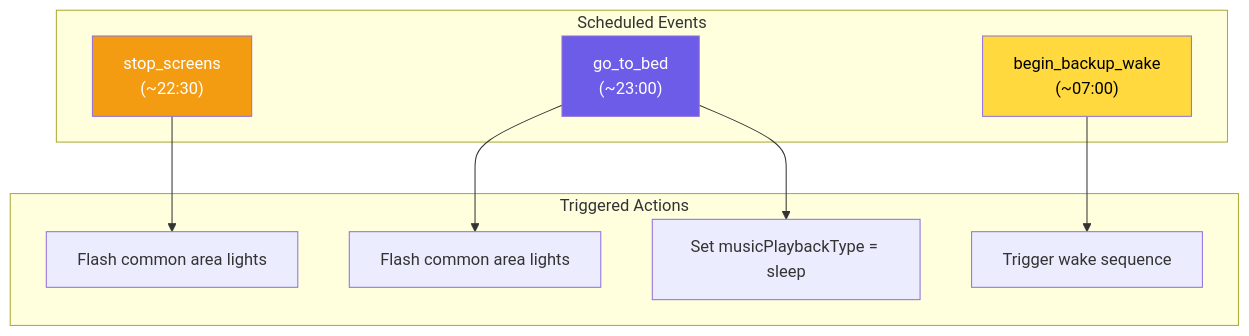
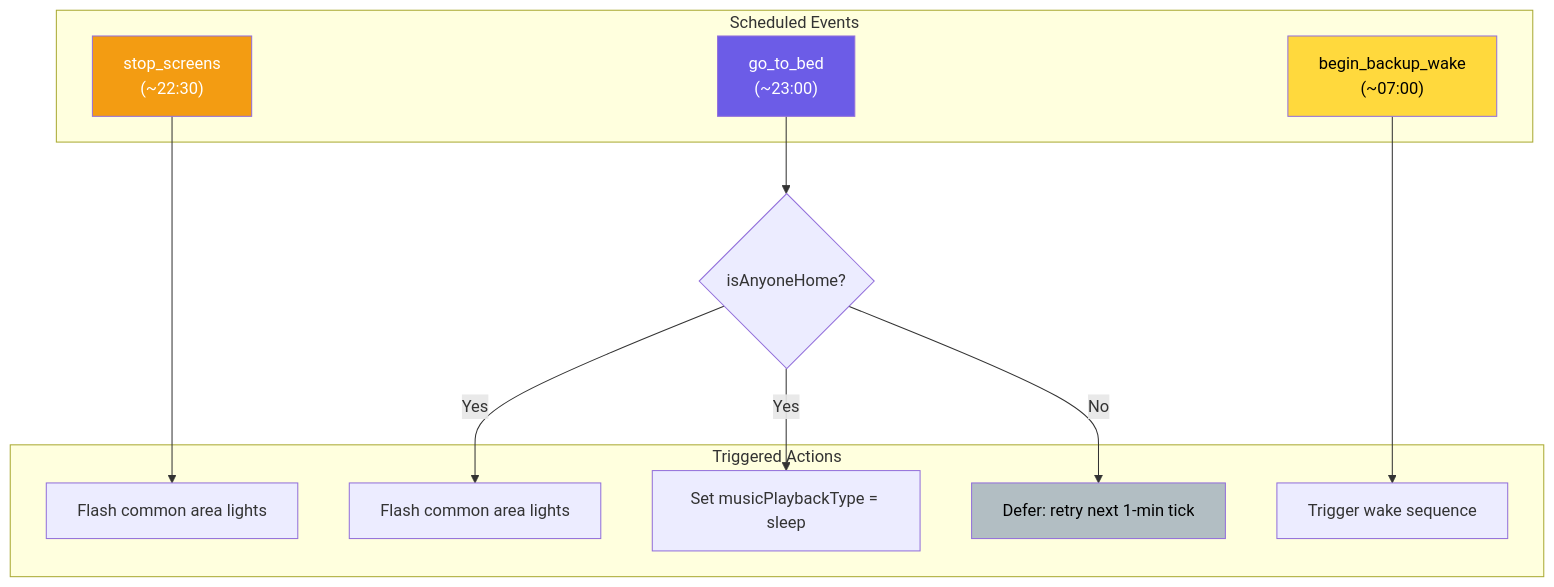
Before and after one commit to NickBorgers/home-automation: the first of 9 diagrams in docs/flows/SLEEP_HYGIENE.md, drawn with Mermaid. The commit also changed other lines of this file and 3 other files, not shown here.

First line of the commit message:
fix(sleephygiene): defer go_to_bed when no one home (#1149)

````diff
--- a/docs/flows/SLEEP_HYGIENE.md
+++ b/docs/flows/SLEEP_HYGIENE.md
@@ -15,24 +15,30 @@
 ```mermaid
 flowchart TD
     subgraph Schedule["Scheduled Events"]
         stopScreens["stop_screens<br/>(~22:30)"]
         goToBed["go_to_bed<br/>(~23:00)"]
         backupWake["begin_backup_wake<br/>(~07:00)"]
     end
 
     subgraph Actions["Triggered Actions"]
         flashLights1["Flash common area lights"]
         flashLights2["Flash common area lights"]
         startSleep["Set musicPlaybackType = sleep"]
         triggerWake["Trigger wake sequence"]
+        defer["Defer: retry next 1-min tick"]
     end
 
+    checkHome{"isAnyoneHome?"}
+
     stopScreens --> flashLights1
-    goToBed --> flashLights2
-    goToBed --> startSleep
+    goToBed --> checkHome
+    checkHome -->|Yes| flashLights2
+    checkHome -->|Yes| startSleep
+    checkHome -->|No| defer
     backupWake --> triggerWake
 
     style stopScreens fill:#f39c12,color:#fff
     style goToBed fill:#6c5ce7,color:#fff
     style backupWake fill:#ffd93d,color:#000
+    style defer fill:#b2bec3,color:#000
 ```
````
